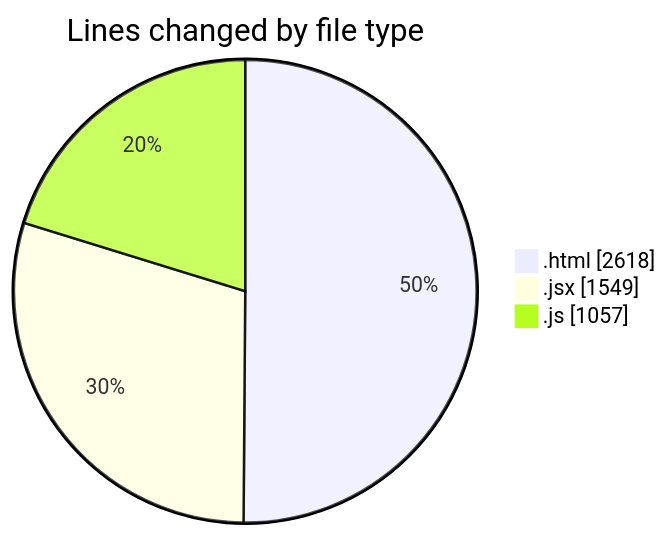
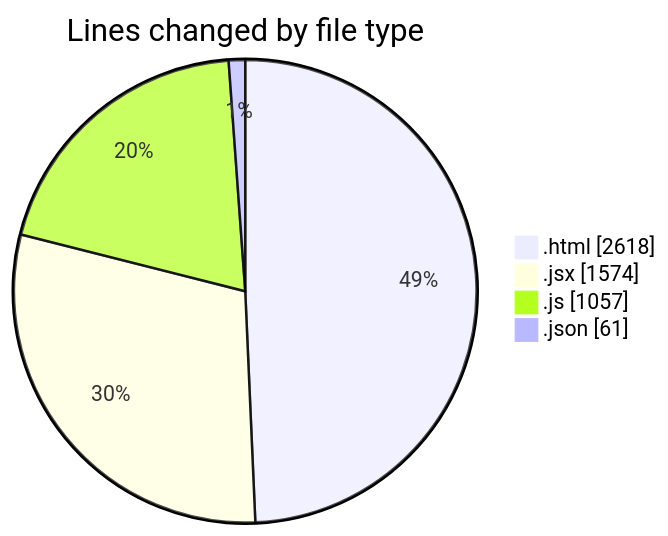
One commit to nxtqubesakshisongat/code-tracking changed the first of 2 diagrams in 2025-08-08/nxtqube_webapp/README.md. Above: the diagram before and after it, drawn with Mermaid. The commit also changed other lines of this file and 1 other file, not shown here.

````diff
--- a/2025-08-08/nxtqube_webapp/README.md
+++ b/2025-08-08/nxtqube_webapp/README.md
@@ -23,7 +24,8 @@
 ```mermaid
 pie showData
 title Lines changed by file type
 ".html" : 2618
-".jsx" : 1549
+".jsx" : 1574
 ".js" : 1057
+".json" : 61
 ```
````
